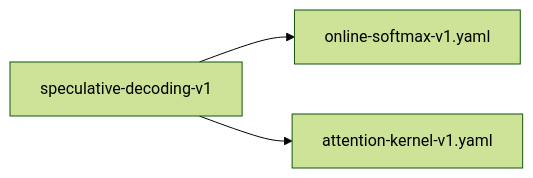
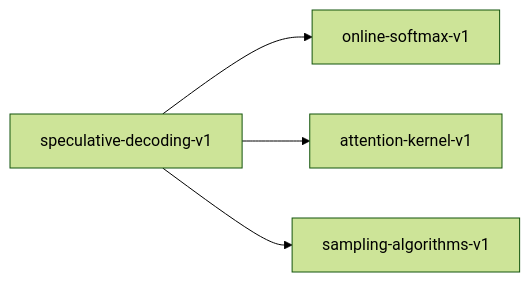
One commit to paiml/provable-contracts changed the diagram in book/src/contracts/speculative-decoding-v1.md. Above: the diagram before and after it, drawn with Mermaid (forest theme). The commit also changed other lines of this file and 136 other files, not shown here.

````diff
--- a/book/src/contracts/speculative-decoding-v1.md
+++ b/book/src/contracts/speculative-decoding-v1.md
@@ -20,5 +21,6 @@
 ```mermaid
 graph LR
-    speculative_decoding_v1["speculative-decoding-v1"] --> online_softmax_v1.yaml["online-softmax-v1.yaml"]
-    speculative_decoding_v1["speculative-decoding-v1"] --> attention_kernel_v1.yaml["attention-kernel-v1.yaml"]
+    speculative_decoding_v1["speculative-decoding-v1"] --> online_softmax_v1["online-softmax-v1"]
+    speculative_decoding_v1["speculative-decoding-v1"] --> attention_kernel_v1["attention-kernel-v1"]
+    speculative_decoding_v1["speculative-decoding-v1"] --> sampling_algorithms_v1["sampling-algorithms-v1"]
 ```
````
